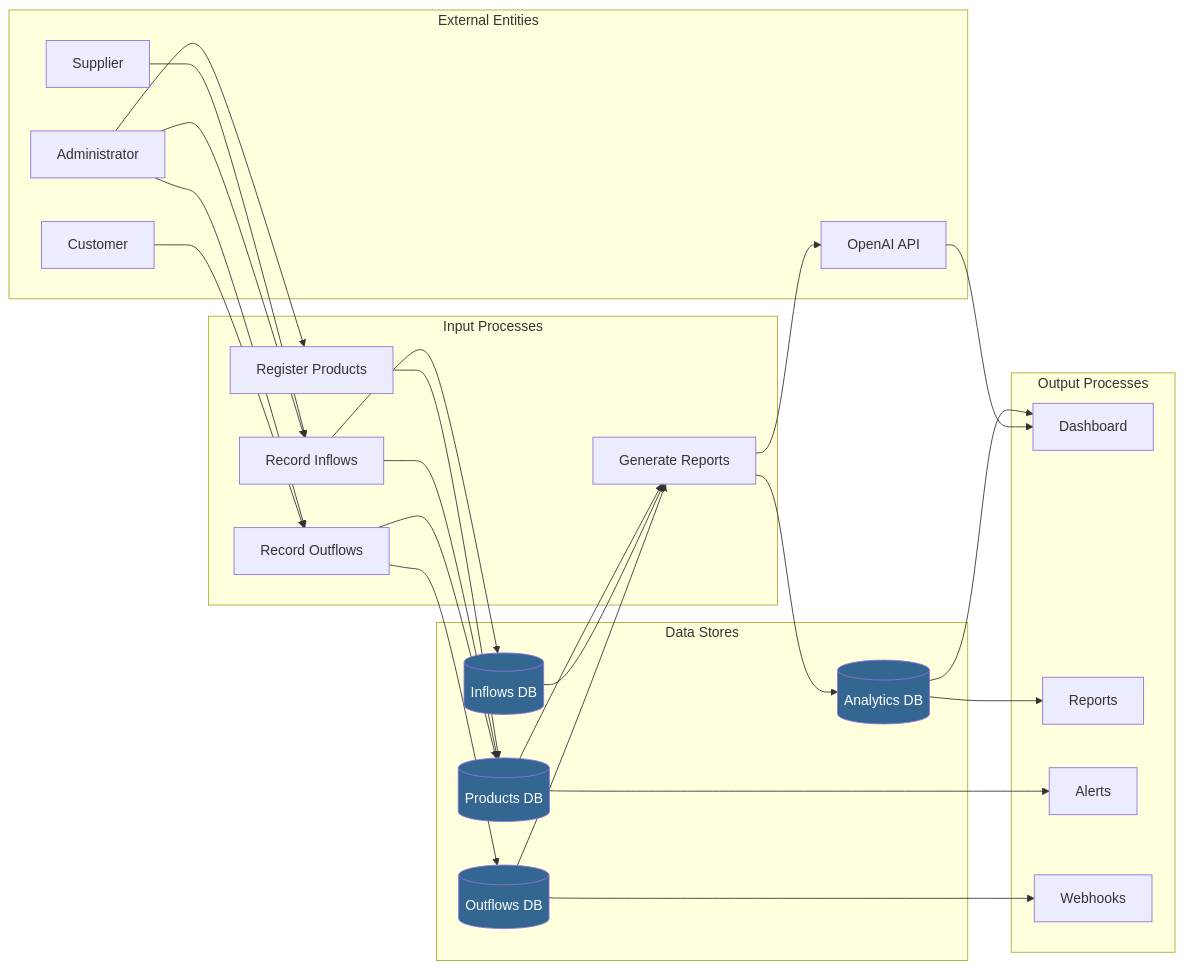
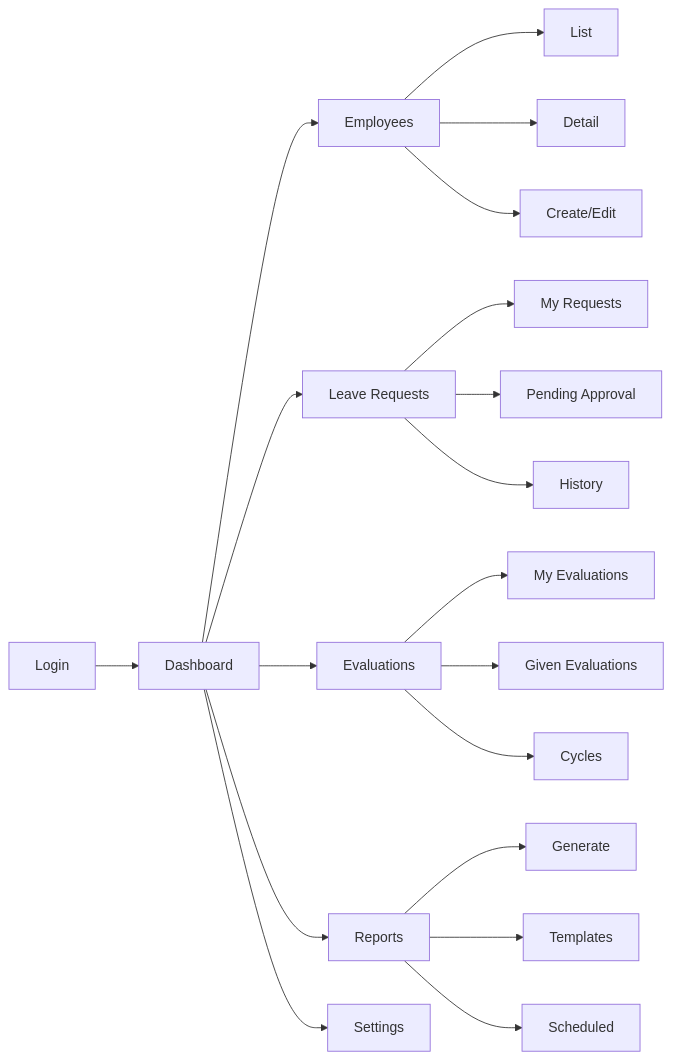
Diagram 18 of 18 in docs/system-modeling.md (GabrielDLobo/01-PortalRH), drawn with Mermaid before and after one commit. The commit also changed other lines of this file and 60 other files, not shown here.

````diff
--- a/docs/system-modeling.md
+++ b/docs/system-modeling.md
@@ -456,60 +621,25 @@
 ```mermaid
-graph LR
-    subgraph External Entities
-        Supplier[Supplier]
-        Customer[Customer]
-        Admin[Administrator]
-        AI[OpenAI API]
-    end
+flowchart LR
+    A[Login] --> B[Dashboard]
+    B --> C[Employees]
+    B --> D[Leave Requests]
+    B --> E[Evaluations]
+    B --> F[Reports]
+    B --> G[Settings]
     
-    subgraph Input Processes
-        P1[Register Products]
-        P2[Record Inflows]
-        P3[Record Outflows]
-        P4[Generate Reports]
-    end
+    C --> C1[List]
+    C --> C2[Detail]
+    C --> C3[Create/Edit]
     
-    subgraph Data Stores
-        D1[(Products DB)]
-        D2[(Inflows DB)]
-        D3[(Outflows DB)]
-        D4[(Analytics DB)]
-    end
+    D --> D1[My Requests]
+    D --> D2[Pending Approval]
+    D --> D3[History]
     
-    subgraph Output Processes
-        O1[Dashboard]
-        O2[Reports]
-        O3[Alerts]
-        O4[Webhooks]
-    end
+    E --> E1[My Evaluations]
+    E --> E2[Given Evaluations]
+    E --> E3[Cycles]
     
-    Supplier --> P2
-    Admin --> P1
-    Admin --> P2
-    Admin --> P3
-    Customer --> P3
-    
-    P1 --> D1
-    P2 --> D1
-    P2 --> D2
-    P3 --> D1
-    P3 --> D3
-    
-    D1 --> P4
-    D2 --> P4
-    D3 --> P4
-    
-    P4 --> D4
-    D4 --> O1
-    D4 --> O2
-    
-    D1 --> O3
-    D3 --> O4
-    P4 --> AI
-    AI --> O1
-    
-    style D1 fill:#336791,color:#fff
-    style D2 fill:#336791,color:#fff
-    style D3 fill:#336791,color:#fff
-    style D4 fill:#336791,color:#fff
+    F --> F1[Generate]
+    F --> F2[Templates]
+    F --> F3[Scheduled]
 ```
````
